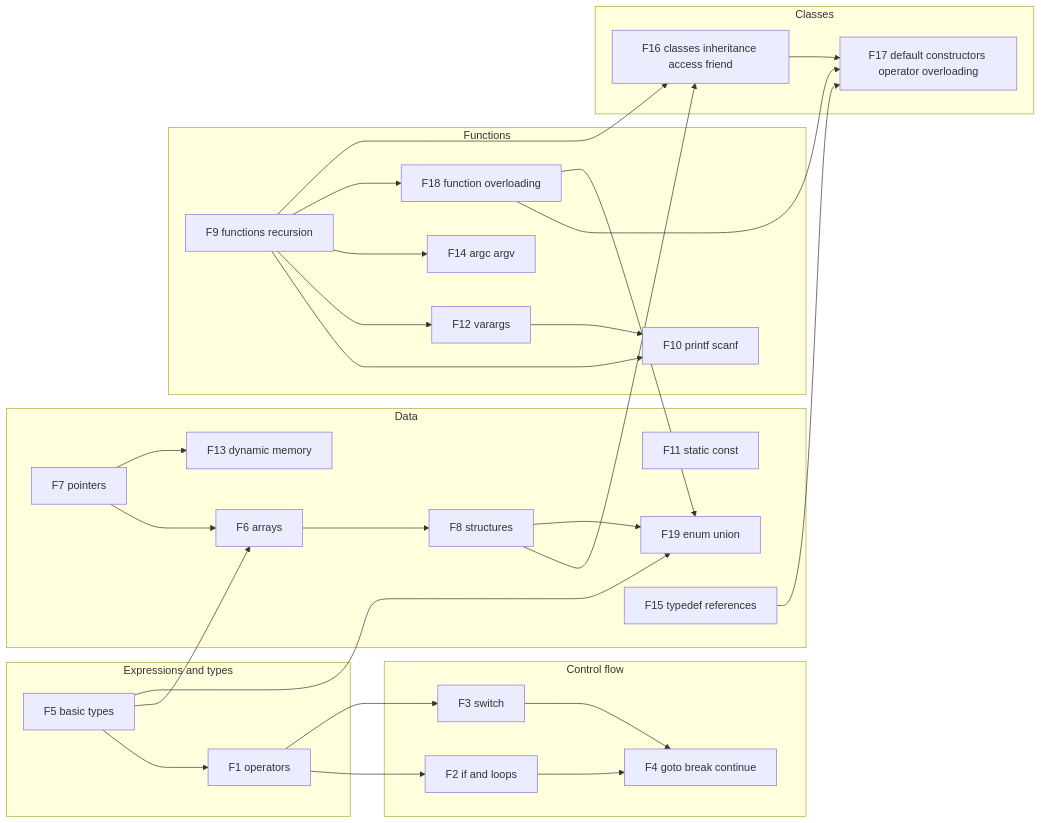
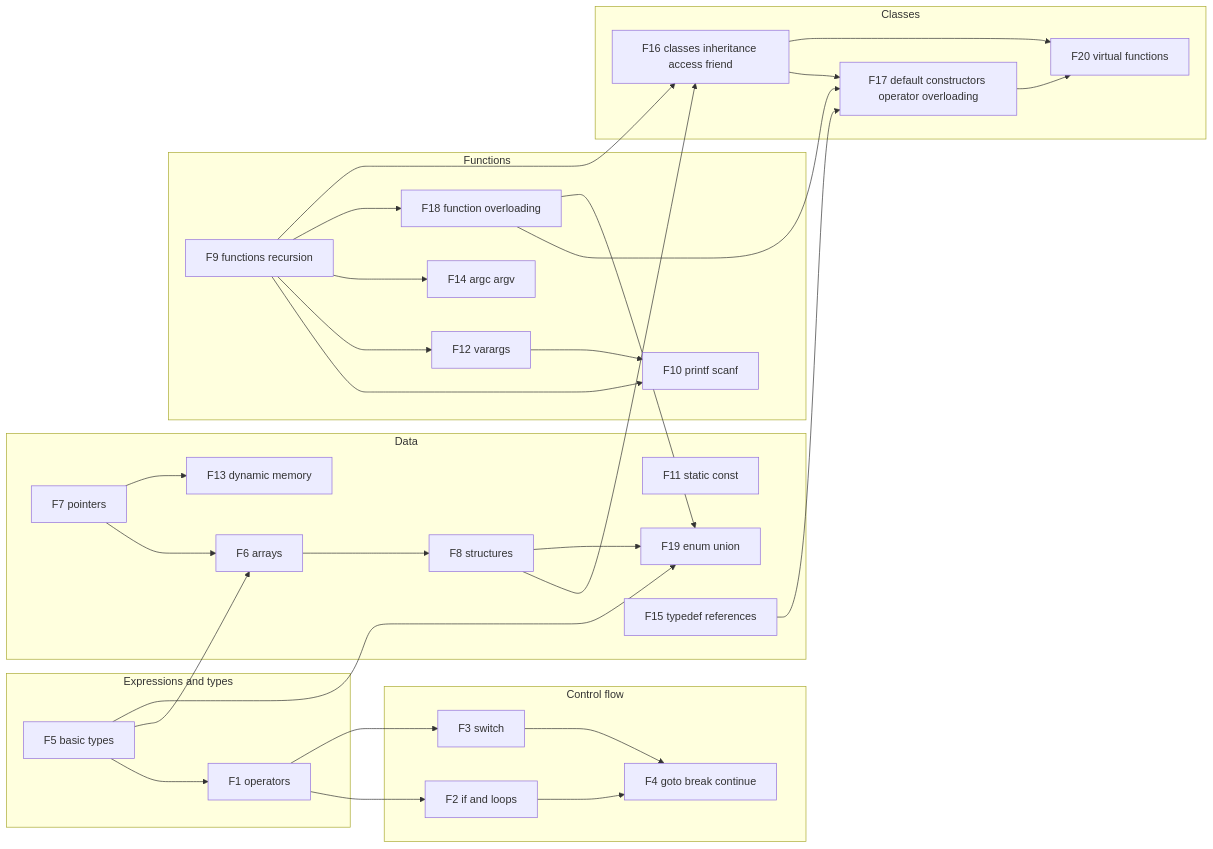
Before and after one commit to migikun474/COMPILER-DESIGN: the second of 3 diagrams in docs/FEATURE_CONNECTIVITY.md, drawn with Mermaid. The commit also changed other lines of this file and 9 other files, not shown here.

First line of the commit message:
docs: virtual functions back (D44)

````diff
--- a/docs/FEATURE_CONNECTIVITY.md
+++ b/docs/FEATURE_CONNECTIVITY.md
@@ -43,54 +43,57 @@
 ```mermaid
 flowchart LR
     subgraph EXPR["Expressions and types"]
         F1["F1 operators"]
         F5["F5 basic types"]
     end
     subgraph CTRL["Control flow"]
         F2["F2 if and loops"]
         F3["F3 switch"]
         F4["F4 goto break continue"]
     end
     subgraph DATA["Data"]
         F6["F6 arrays"]
         F7["F7 pointers"]
         F8["F8 structures"]
         F11["F11 static const"]
         F19["F19 enum union"]
         F13["F13 dynamic memory"]
         F15["F15 typedef references"]
     end
     subgraph CALLS["Functions"]
         F9["F9 functions recursion"]
         F10["F10 printf scanf"]
         F12["F12 varargs"]
         F14["F14 argc argv"]
         F18["F18 function overloading"]
     end
     subgraph OOP["Classes"]
         F16["F16 classes inheritance access friend"]
         F17["F17 default constructors operator overloading"]
+        F20["F20 virtual functions"]
     end
     F1 --> F2
     F1 --> F3
     F5 --> F1
     F2 --> F4
     F3 --> F4
     F5 --> F6
     F7 --> F6
     F7 --> F13
     F8 --> F16
     F6 --> F8
     F9 --> F10
     F9 --> F12
     F12 --> F10
     F9 --> F14
     F9 --> F18
     F18 --> F17
     F16 --> F17
     F15 --> F17
     F9 --> F16
     F5 --> F19
     F8 --> F19
     F18 --> F19
+    F16 --> F20
+    F17 --> F20
 ```
````
